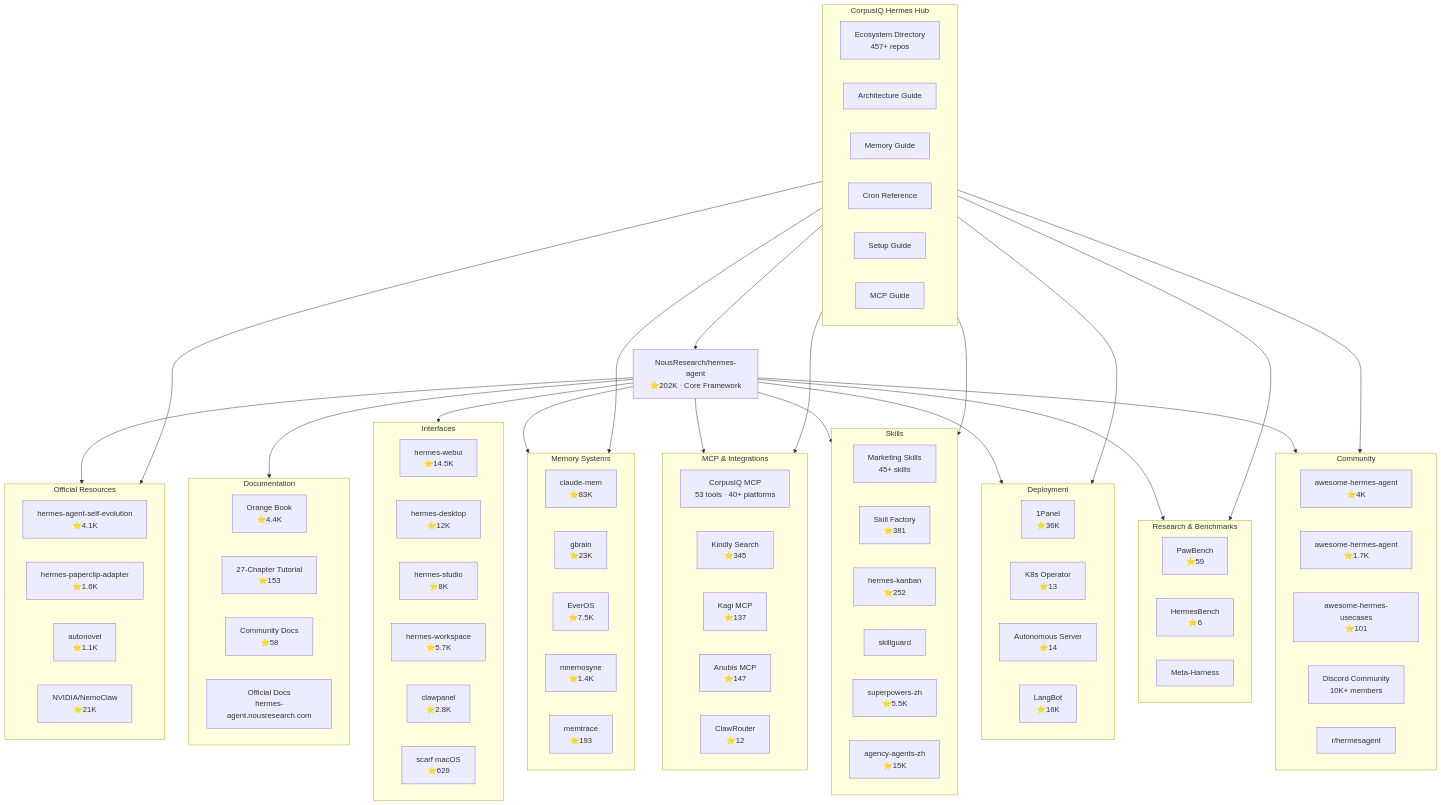
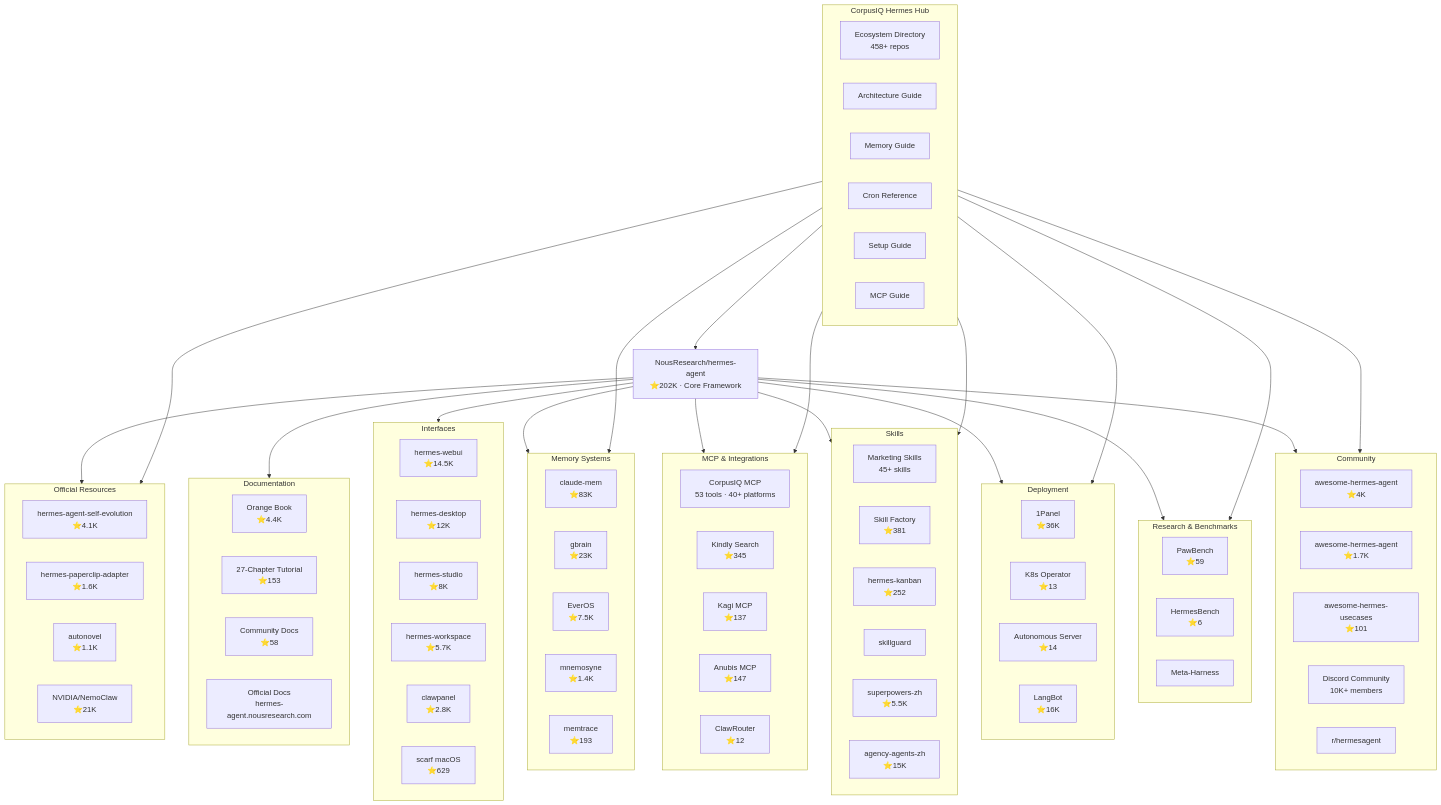
The first of 4 diagrams in hermes/ecosystem-map.md (CorpusIQ/corpusiq-docs), drawn with Mermaid before and after one commit. The commit also changed other lines of this file and 35 other files, not shown here.

```diff
--- a/hermes/ecosystem-map.md
+++ b/hermes/ecosystem-map.md
@@ -88,7 +88,7 @@
     end
 
     subgraph CORPUSIQ_HUB[CorpusIQ Hermes Hub]
-        ECOSYSTEM[Ecosystem Directory<br/>457+ repos]
+        ECOSYSTEM[Ecosystem Directory<br/>458+ repos]
         ARCHITECTURE[Architecture Guide]
         KNOWLEDGE[Memory Guide]
         CRONS[Cron Reference]
```
